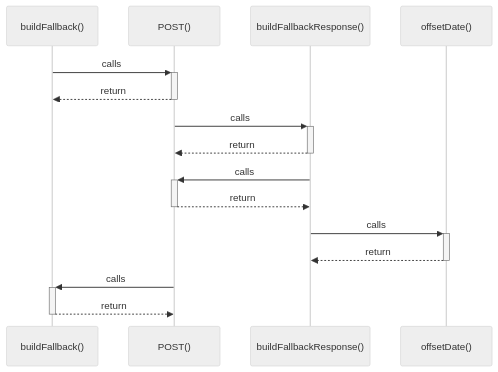
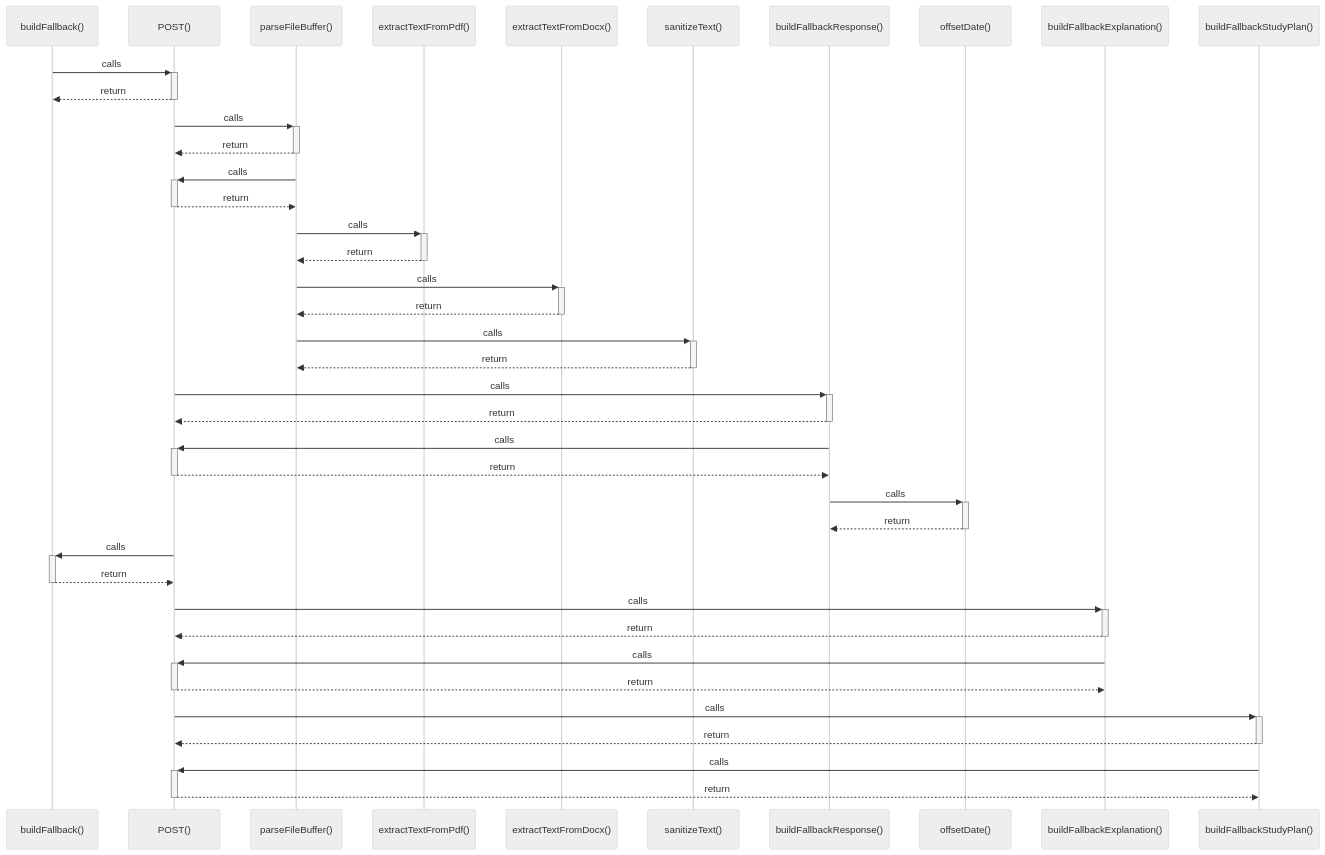
Before and after one commit to Exselsa/studysync-ai: the diagram in src/graphify-out/wiki/buildFallback().md, drawn with Mermaid (neutral theme). The commit also changed other lines of this file and 23 other files, not shown here.

````diff
--- a/src/graphify-out/wiki/buildFallback().md
+++ b/src/graphify-out/wiki/buildFallback().md
@@ -7,17 +7,41 @@
 ```mermaid
 sequenceDiagram
     participant P0 as buildFallback()
     participant P1 as POST()
-    participant P2 as buildFallbackResponse()
-    participant P3 as offsetDate()
+    participant P2 as parseFileBuffer()
+    participant P3 as extractTextFromPdf()
+    participant P4 as extractTextFromDocx()
+    participant P5 as sanitizeText()
+    participant P6 as buildFallbackResponse()
+    participant P7 as offsetDate()
+    participant P8 as buildFallbackExplanation()
+    participant P9 as buildFallbackStudyPlan()
     P0->>+ P1: calls
     P1-->>- P0: return
     P1->>+ P2: calls
     P2-->>- P1: return
     P2->>+ P1: calls
     P1-->>- P2: return
     P2->>+ P3: calls
     P3-->>- P2: return
+    P2->>+ P4: calls
+    P4-->>- P2: return
+    P2->>+ P5: calls
+    P5-->>- P2: return
+    P1->>+ P6: calls
+    P6-->>- P1: return
+    P6->>+ P1: calls
+    P1-->>- P6: return
+    P6->>+ P7: calls
+    P7-->>- P6: return
     P1->>+ P0: calls
     P0-->>- P1: return
+    P1->>+ P8: calls
+    P8-->>- P1: return
+    P8->>+ P1: calls
+    P1-->>- P8: return
+    P1->>+ P9: calls
+    P9-->>- P1: return
+    P9->>+ P1: calls
+    P1-->>- P9: return
 ```
````
